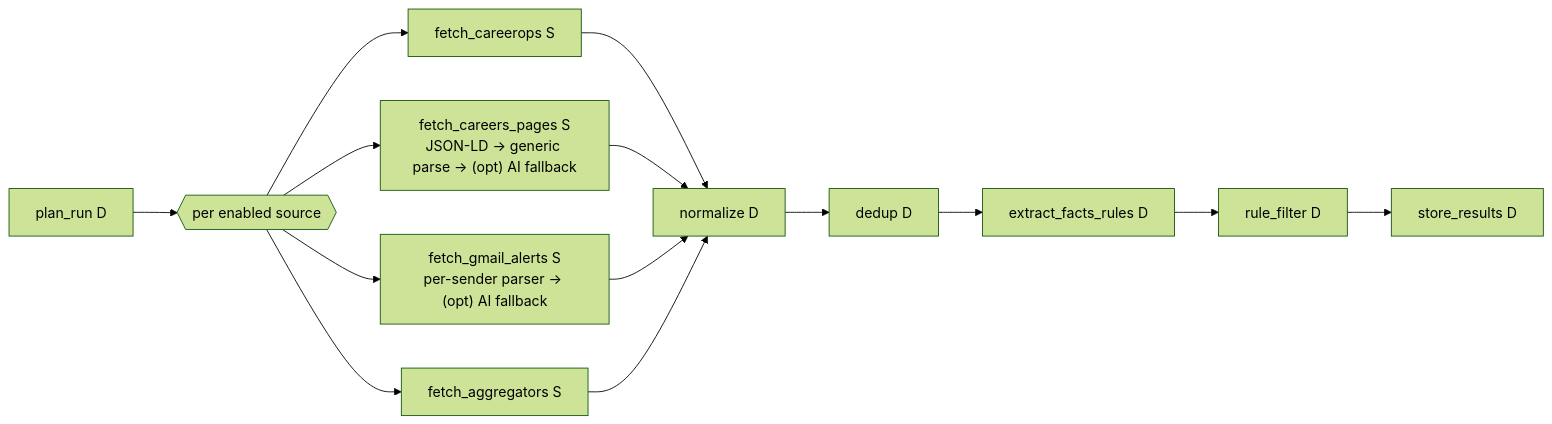
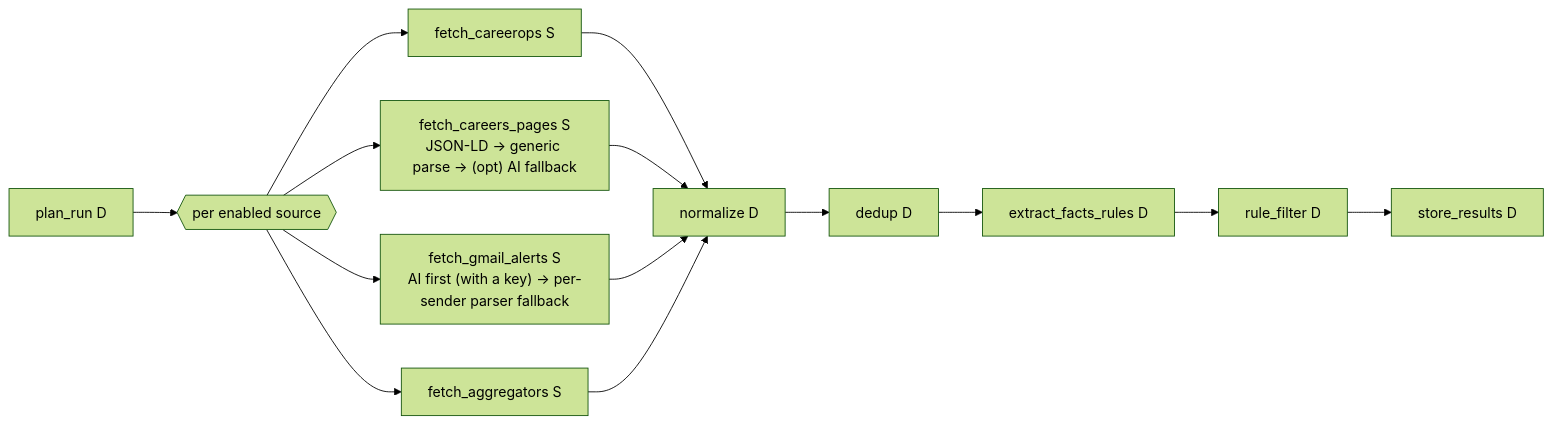
Before and after one commit to RaviprasanthR/HireTitan: the third of 3 diagrams in docs/architecture.md, drawn with Mermaid (forest theme). The commit also changed other lines of this file and 37 other files, not shown here.

````diff
--- a/docs/architecture.md
+++ b/docs/architecture.md
@@ -233,13 +233,13 @@
 ```mermaid
 flowchart LR
     plan[plan_run D] --> fan{{per enabled source}}
     fan --> s1[fetch_careerops S]
     fan --> s2["fetch_careers_pages S<br/>JSON-LD → generic parse → (opt) AI fallback"]
-    fan --> s3["fetch_gmail_alerts S<br/>per-sender parser → (opt) AI fallback"]
+    fan --> s3["fetch_gmail_alerts S<br/>AI first (with a key) → per-sender parser fallback"]
     fan --> s4[fetch_aggregators S]
     s1 & s2 & s3 & s4 --> norm[normalize D]
     norm --> dedup[dedup D]
     dedup --> facts[extract_facts_rules D]
     facts --> rules[rule_filter D]
     rules --> store[store_results D]
 ```
````
